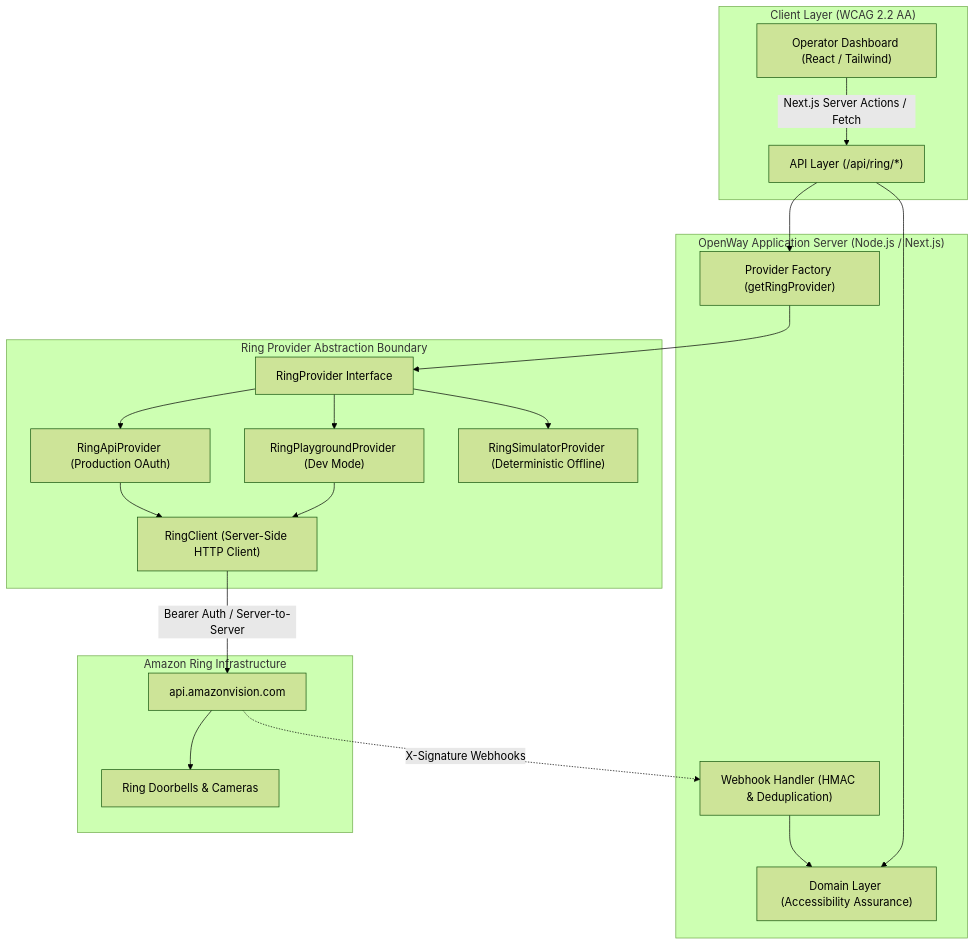
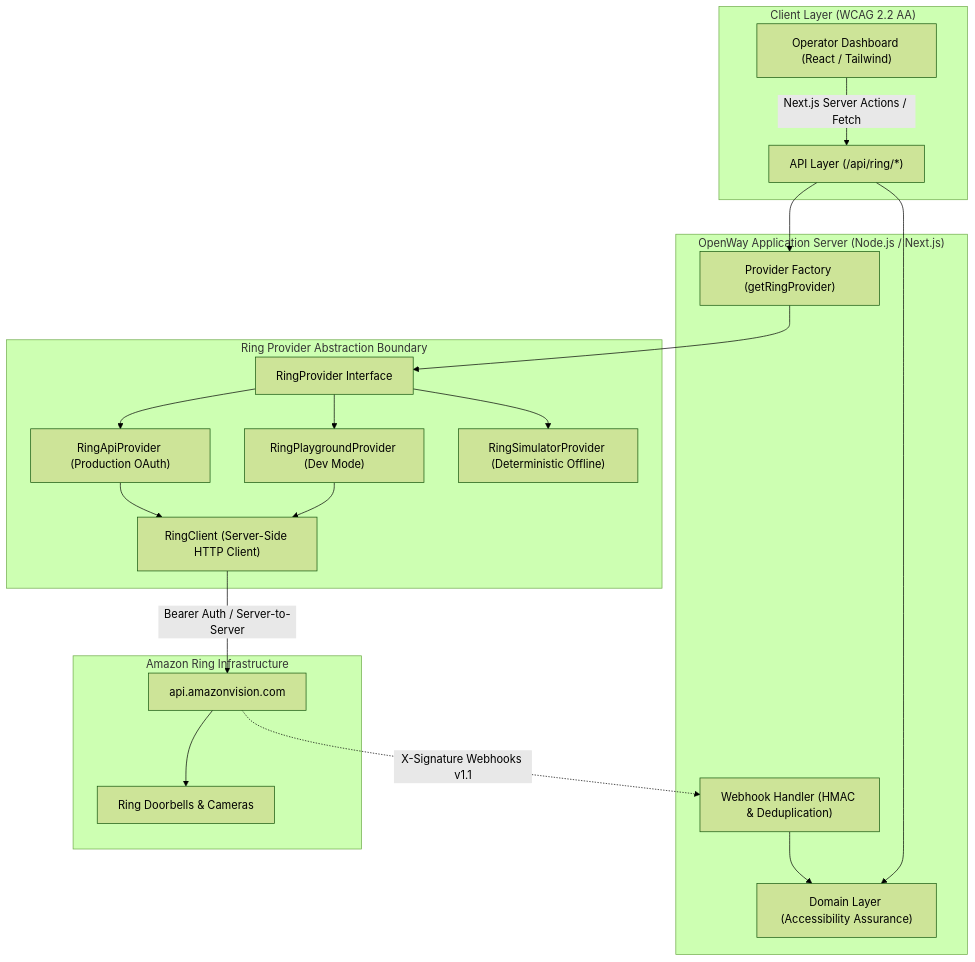
Before and after one commit to subodhkant7/openway: the diagram in ARCHITECTURE.md, drawn with Mermaid (forest theme). The commit also changed other lines of this file and 23 other files, not shown here.

````diff
--- a/ARCHITECTURE.md
+++ b/ARCHITECTURE.md
@@ -9,33 +9,33 @@
 ```mermaid
 graph TD
     subgraph Browser ["Client Layer (WCAG 2.2 AA)"]
         UI["Operator Dashboard (React / Tailwind)"]
         UI -->|Next.js Server Actions / Fetch| API
     end
 
     subgraph Server ["OpenWay Application Server (Node.js / Next.js)"]
         API["API Layer (/api/ring/*)"]
         Domain["Domain Layer (Accessibility Assurance)"]
         Webhook["Webhook Handler (HMAC & Deduplication)"]
         
         API --> Domain
         API --> ProviderFactory["Provider Factory (getRingProvider)"]
         Webhook --> Domain
     end
 
     subgraph ProviderLayer ["Ring Provider Abstraction Boundary"]
         ProviderFactory --> IProvider["RingProvider Interface"]
         IProvider --> Playground["RingPlaygroundProvider (Dev Mode)"]
         IProvider --> PartnerAPI["RingApiProvider (Production OAuth)"]
         IProvider --> Simulator["RingSimulatorProvider (Deterministic Offline)"]
         
         Playground --> Client["RingClient (Server-Side HTTP Client)"]
         PartnerAPI --> Client
     end
 
     subgraph Upstream ["Amazon Ring Infrastructure"]
         Client -->|Bearer Auth / Server-to-Server| AVA["api.amazonvision.com"]
-        AVA -.->|X-Signature Webhooks| Webhook
+        AVA -.->|X-Signature Webhooks v1.1| Webhook
         AVA --> Hardware["Ring Doorbells & Cameras"]
     end
 ```
````
